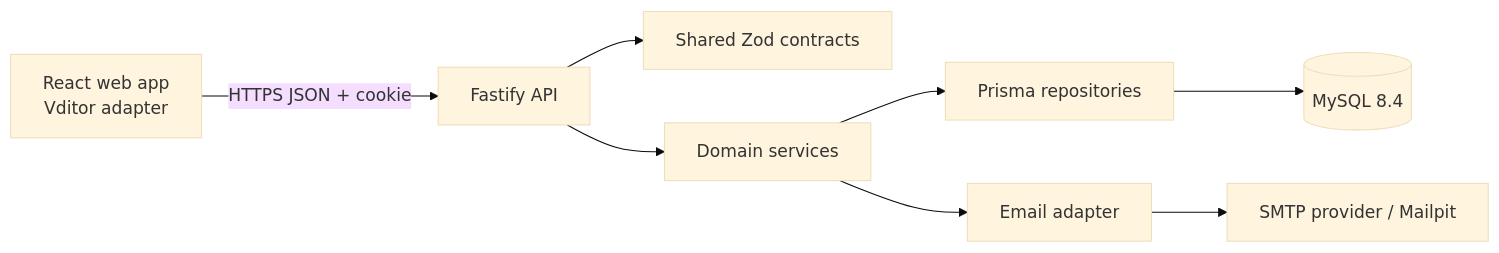
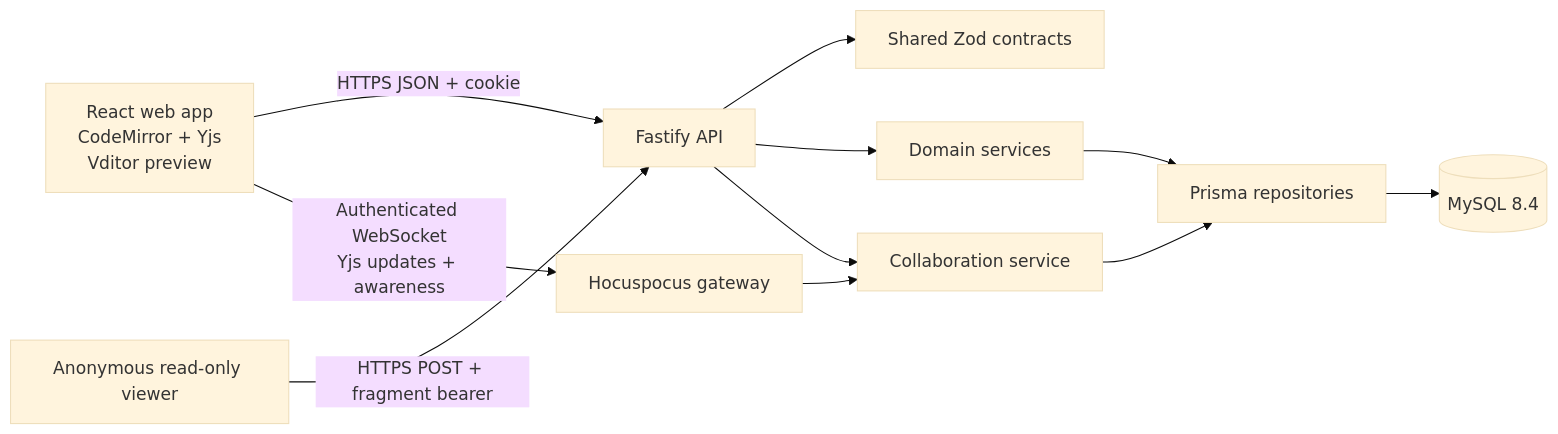
Before and after one commit to bombzj/TeamMD: the first of 3 diagrams in docs/architecture.md, drawn with Mermaid (base theme). The commit also changed other lines of this file and 56 other files, not shown here.

````diff
--- a/docs/architecture.md
+++ b/docs/architecture.md
@@ -7,10 +7,13 @@
 ```mermaid
 flowchart LR
-  Browser[React web app<br/>Vditor adapter] -->|HTTPS JSON + cookie| API[Fastify API]
+  Browser[React web app<br/>CodeMirror + Yjs<br/>Vditor preview] -->|HTTPS JSON + cookie| API[Fastify API]
+  Public[Anonymous read-only viewer] -->|HTTPS POST + fragment bearer| API
+  Browser -->|Authenticated WebSocket<br/>Yjs updates + awareness| Gateway[Hocuspocus gateway]
   API --> Contracts[Shared Zod contracts]
   API --> Services[Domain services]
+  Gateway --> Collaboration[Collaboration service]
+  API --> Collaboration
   Services --> Prisma[Prisma repositories]
+  Collaboration --> Prisma
   Prisma --> MySQL[(MySQL 8.4)]
-  Services --> Mail[Email adapter]
-  Mail --> SMTP[SMTP provider / Mailpit]
 ```
````
